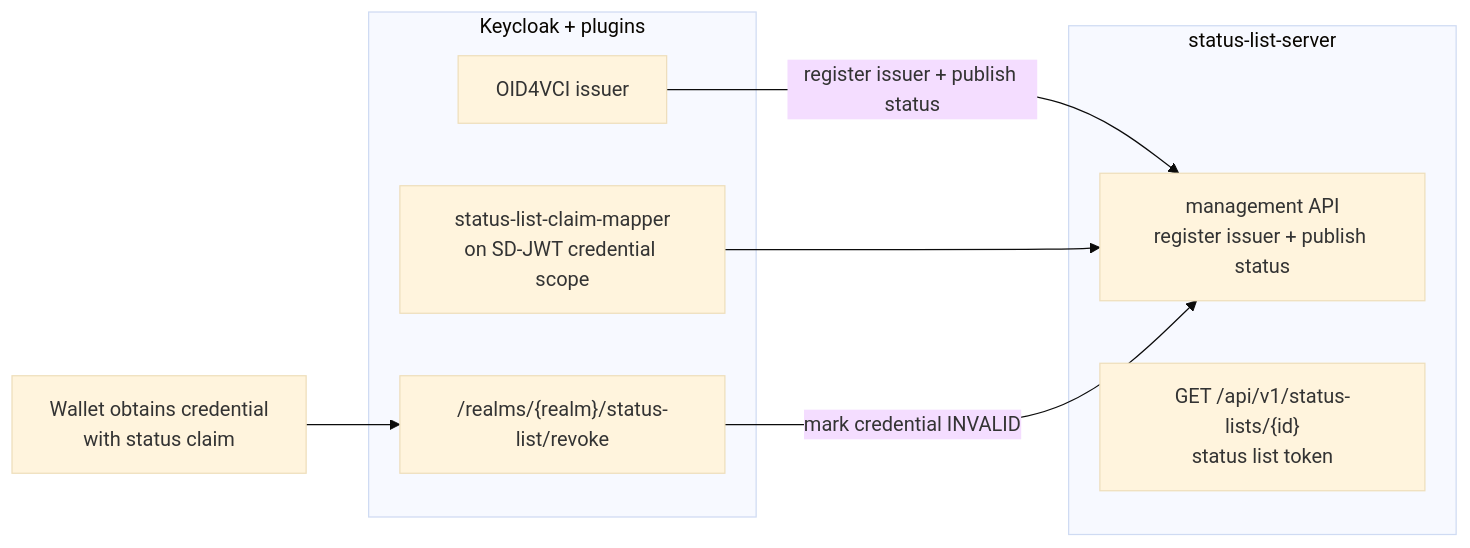
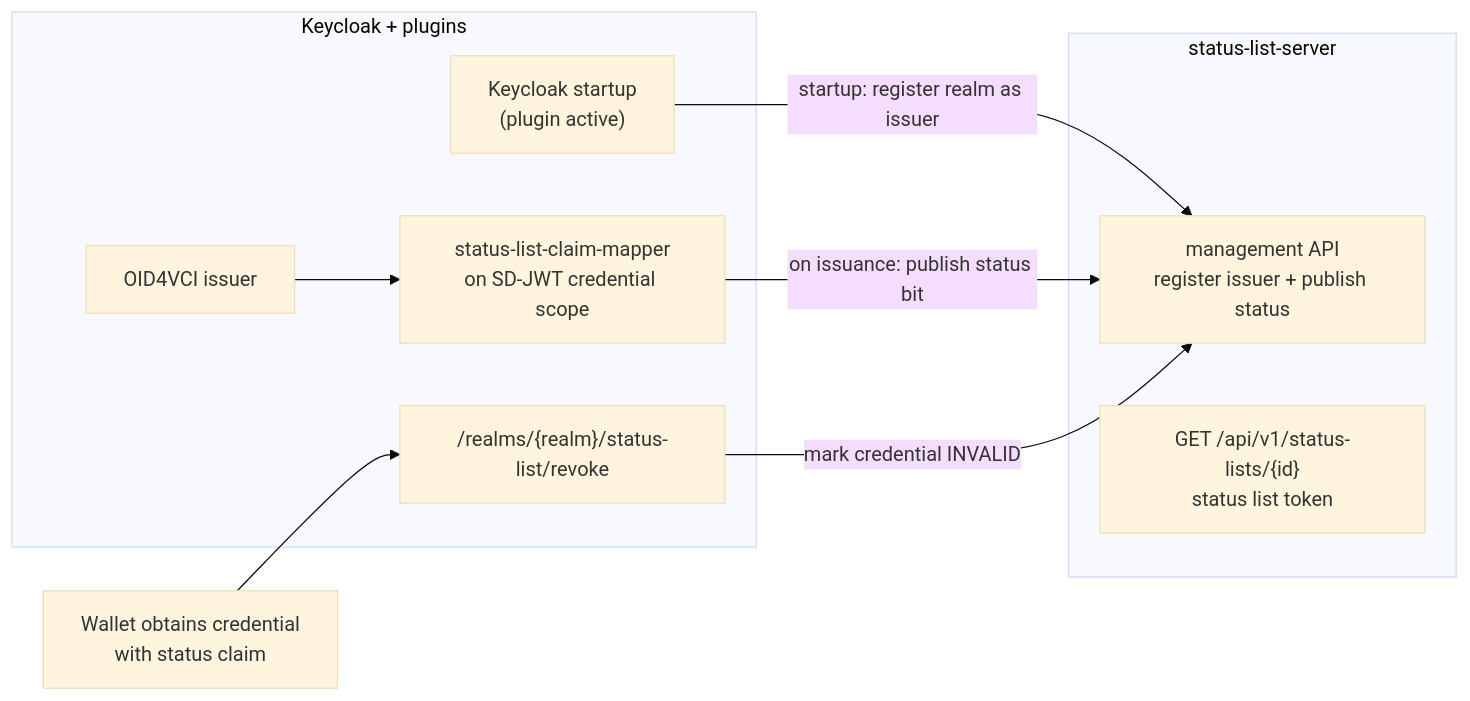
Before and after one commit to keycloak/keycloak-oauth-sig: the diagram in oid4vci-deployment/docs/revocable-credentials.md, drawn with Mermaid (base theme). The commit also changed other lines of this file and 3 other files, not shown here.

````diff
--- a/oid4vci-deployment/docs/revocable-credentials.md
+++ b/oid4vci-deployment/docs/revocable-credentials.md
@@ -29,18 +31,20 @@
 ```mermaid
 flowchart LR
     subgraph KC["Keycloak + plugins"]
+        S["Keycloak startup<br/>(plugin active)"]
         I["OID4VCI issuer"]
         M["status-list-claim-mapper<br/>on SD-JWT credential scope"]
         R["/realms/{realm}/status-list/revoke"]
     end
     subgraph SLS["status-list-server"]
         MGMT["management API<br/>register issuer + publish status"]
         PUB["GET /api/v1/status-lists/{id}<br/>status list token"]
     end
     W["Wallet obtains credential<br/>with status claim"]
 
-    I -->|"register issuer + publish status"| MGMT
-    M --> MGMT
+    S -->|"startup: register realm as issuer"| MGMT
+    I --> M
+    M -->|"on issuance: publish status bit"| MGMT
     R -->|"mark credential INVALID"| MGMT
     W --> R
 ```
````
